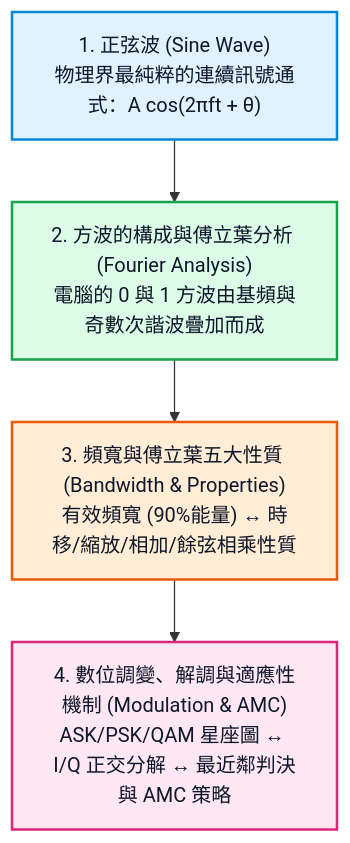
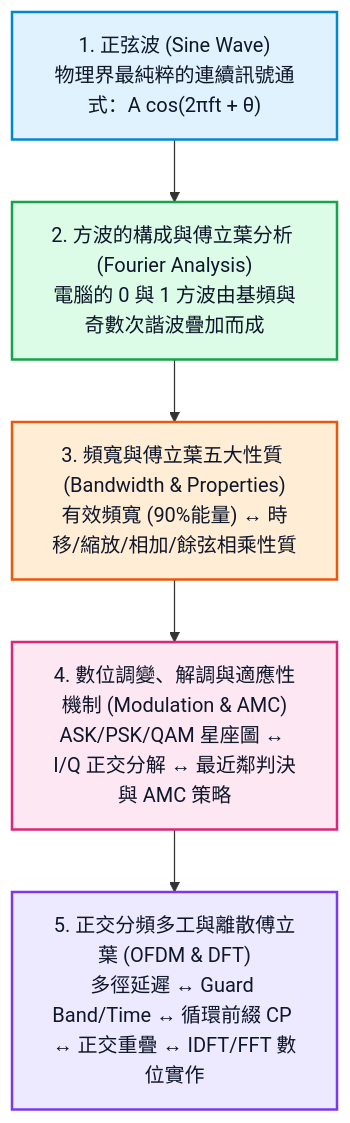
One commit to ralin3233/network-note changed the first of 2 diagrams in docs/physical-layer/index.md. Above: the diagram before and after it, drawn with Mermaid. The commit also changed other lines of this file and 14 other files, not shown here.

````diff
--- a/docs/physical-layer/index.md
+++ b/docs/physical-layer/index.md
@@ -15,11 +15,13 @@
 ```mermaid
 graph TD
     A["1. 正弦波 (Sine Wave)<br>物理界最純粹的連續訊號通式：A cos(2πft + θ)"] --> B["2. 方波的構成與傅立葉分析 (Fourier Analysis)<br>電腦的 0 與 1 方波由基頻與奇數次諧波疊加而成"]
     B --> C["3. 頻寬與傅立葉五大性質 (Bandwidth & Properties)<br>有效頻寬 (90%能量) ↔ 時移/縮放/相加/餘弦相乘性質"]
     C --> D["4. 數位調變、解調與適應性機制 (Modulation & AMC)<br>ASK/PSK/QAM 星座圖 ↔ I/Q 正交分解 ↔ 最近鄰判決與 AMC 策略"]
+    D --> E["5. 正交分頻多工與離散傅立葉 (OFDM & DFT)<br>多徑延遲 ↔ Guard Band/Time ↔ 循環前綴 CP ↔ 正交重疊 ↔ IDFT/FFT 數位實作"]
     
     style A fill:#e0f2fe,stroke:#0288d1,stroke-width:2px,color:#0f172a;
     style B fill:#dcfce7,stroke:#16a34a,stroke-width:2px,color:#0f172a;
     style C fill:#ffedd5,stroke:#ea580c,stroke-width:2px,color:#0f172a;
     style D fill:#fce7f3,stroke:#db2777,stroke-width:2px,color:#0f172a;
+    style E fill:#ede9fe,stroke:#7c3aed,stroke-width:2px,color:#0f172a;
 ```
````
